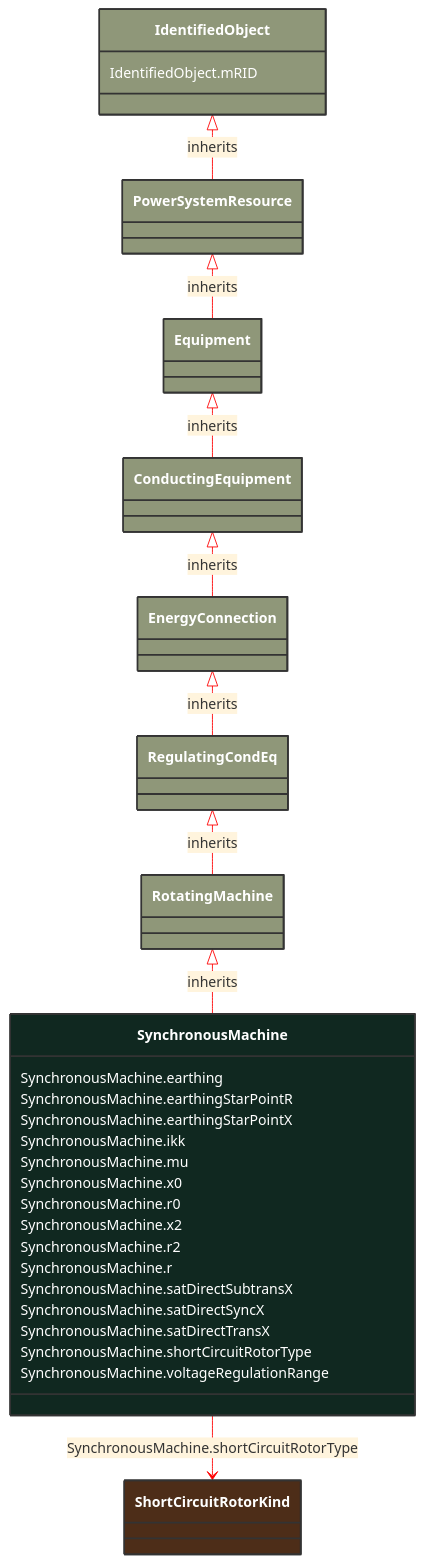
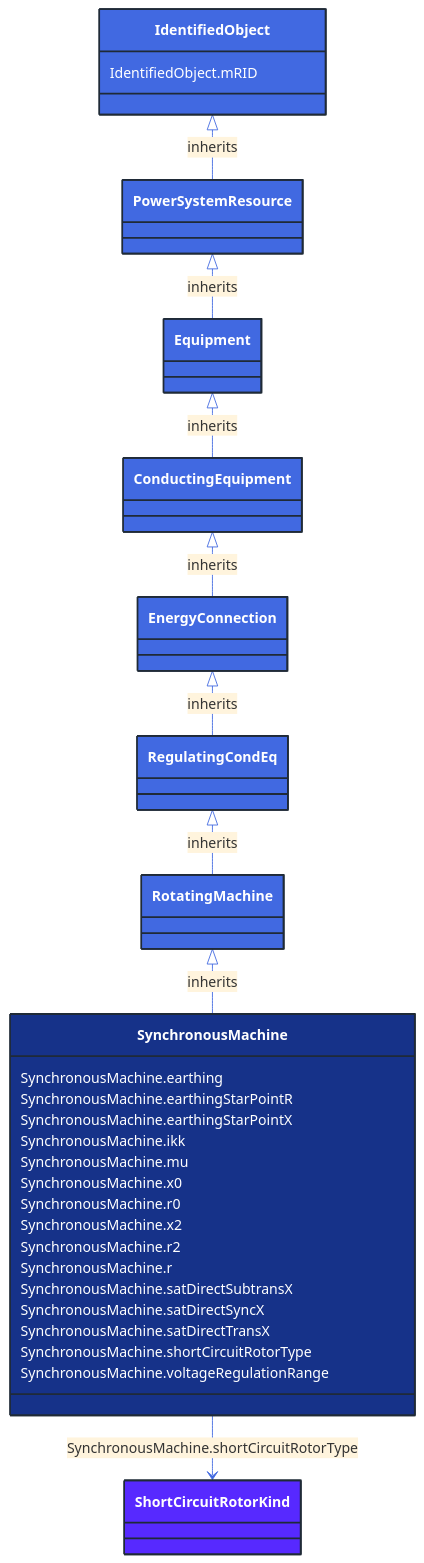
Before and after one commit to 3lbits/NoCIMExtensions: the diagram in docs/Models/Profiles/ShortCircuit/ConcreteClasses/SynchronousMachine.md, drawn with Mermaid. The commit also changed 362 other files, not shown here.

First line of the commit message:
Update diagrams and styles for improved visual consistency

````diff
--- a/docs/Models/Profiles/ShortCircuit/ConcreteClasses/SynchronousMachine.md
+++ b/docs/Models/Profiles/ShortCircuit/ConcreteClasses/SynchronousMachine.md
@@ -8,59 +8,59 @@
 ```mermaid
-%%{init: {'theme':'base','themeVariables': {'lineColor': '#FF0000'}}}%%
+%%{init: {'theme':'base','themeVariables': {'lineColor': '#4169E1'}}}%%
 classDiagram
     class SynchronousMachine
     click SynchronousMachine href "/Models/Profiles/ShortCircuit/ConcreteClasses/SynchronousMachine/"
-    style SynchronousMachine fill:#102820,stroke:#333,stroke-width:2px,rx:10,ry:10,color:white
+    style SynchronousMachine fill:#163289,stroke:#1F2A37,stroke-width:2px,rx:10,ry:10,color:white
      
         RotatingMachine <|-- SynchronousMachine : inherits
             click RotatingMachine href "/Models/Profiles/ShortCircuit/AbstractClasses/RotatingMachine/"
-            style RotatingMachine fill:#8F9779,stroke:#333,stroke-width:2px,rx:10,ry:10,color:white
+            style RotatingMachine fill:#4169E1,stroke:#1F2A37,stroke-width:2px,rx:10,ry:10,color:white
      
         RegulatingCondEq <|-- RotatingMachine : inherits
             click RegulatingCondEq href "/Models/Profiles/ShortCircuit/AbstractClasses/RegulatingCondEq/"
-            style RegulatingCondEq fill:#8F9779,stroke:#333,stroke-width:2px,rx:10,ry:10,color:white
+            style RegulatingCondEq fill:#4169E1,stroke:#1F2A37,stroke-width:2px,rx:10,ry:10,color:white
      
         EnergyConnection <|-- RegulatingCondEq : inherits
             click EnergyConnection href "/Models/Profiles/ShortCircuit/AbstractClasses/EnergyConnection/"
-            style EnergyConnection fill:#8F9779,stroke:#333,stroke-width:2px,rx:10,ry:10,color:white
+            style EnergyConnection fill:#4169E1,stroke:#1F2A37,stroke-width:2px,rx:10,ry:10,color:white
      
         ConductingEquipment <|-- EnergyConnection : inherits
             click ConductingEquipment href "/Models/Profiles/ShortCircuit/AbstractClasses/ConductingEquipment/"
-            style ConductingEquipment fill:#8F9779,stroke:#333,stroke-width:2px,rx:10,ry:10,color:white
+            style ConductingEquipment fill:#4169E1,stroke:#1F2A37,stroke-width:2px,rx:10,ry:10,color:white
      
         Equipment <|-- ConductingEquipment : inherits
             click Equipment href "/Models/Profiles/ShortCircuit/AbstractClasses/Equipment/"
-            style Equipment fill:#8F9779,stroke:#333,stroke-width:2px,rx:10,ry:10,color:white
+            style Equipment fill:#4169E1,stroke:#1F2A37,stroke-width:2px,rx:10,ry:10,color:white
      
         PowerSystemResource <|-- Equipment : inherits
             click PowerSystemResource href "/Models/Profiles/ShortCircuit/AbstractClasses/PowerSystemResource/"
-            style PowerSystemResource fill:#8F9779,stroke:#333,stroke-width:2px,rx:10,ry:10,color:white
+            style PowerSystemResource fill:#4169E1,stroke:#1F2A37,stroke-width:2px,rx:10,ry:10,color:white
      
         IdentifiedObject <|-- PowerSystemResource : inherits
             click IdentifiedObject href "/Models/Profiles/ShortCircuit/AbstractClasses/IdentifiedObject/"
-            style IdentifiedObject fill:#8F9779,stroke:#333,stroke-width:2px,rx:10,ry:10,color:white
+            style IdentifiedObject fill:#4169E1,stroke:#1F2A37,stroke-width:2px,rx:10,ry:10,color:white
 
 
         SynchronousMachine --> ShortCircuitRotorKind : SynchronousMachine.shortCircuitRotorType
 
         ShortCircuitRotorKind
             click ShortCircuitRotorKind href "/Models/Profiles/ShortCircuit/Enumerations/ShortCircuitRotorKind/"
-            style ShortCircuitRotorKind fill:#4D2D18,stroke:#333,stroke-width:2px,rx:10,ry:10,color:white
+            style ShortCircuitRotorKind fill:#5729FF,stroke:#1F2A37,stroke-width:2px,rx:10,ry:10,color:white
 
         SynchronousMachine : SynchronousMachine.earthing
         SynchronousMachine : SynchronousMachine.earthingStarPointR
         SynchronousMachine : SynchronousMachine.earthingStarPointX
         SynchronousMachine : SynchronousMachine.ikk
         SynchronousMachine : SynchronousMachine.mu
         SynchronousMachine : SynchronousMachine.x0
         SynchronousMachine : SynchronousMachine.r0
         SynchronousMachine : SynchronousMachine.x2
         SynchronousMachine : SynchronousMachine.r2
         SynchronousMachine : SynchronousMachine.r
         SynchronousMachine : SynchronousMachine.satDirectSubtransX
         SynchronousMachine : SynchronousMachine.satDirectSyncX
         SynchronousMachine : SynchronousMachine.satDirectTransX
         SynchronousMachine : SynchronousMachine.shortCircuitRotorType
         SynchronousMachine : SynchronousMachine.voltageRegulationRange
         IdentifiedObject : IdentifiedObject.mRID
 ```
````
